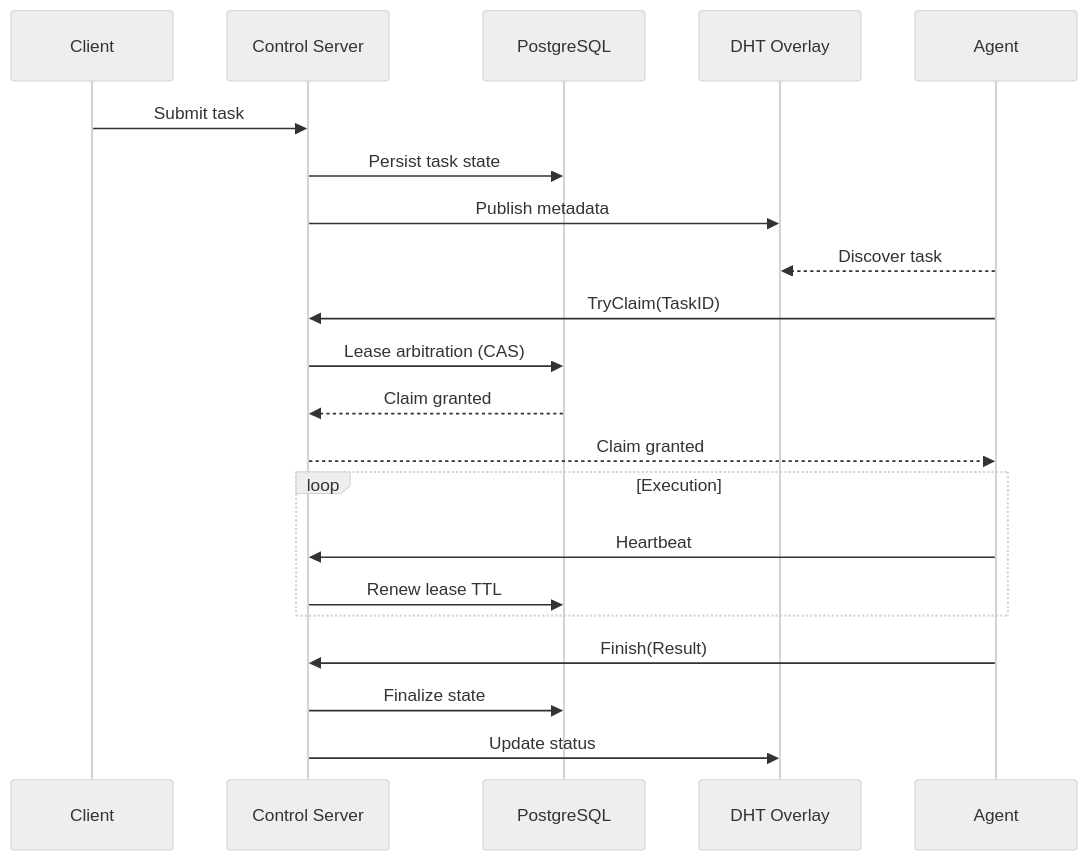
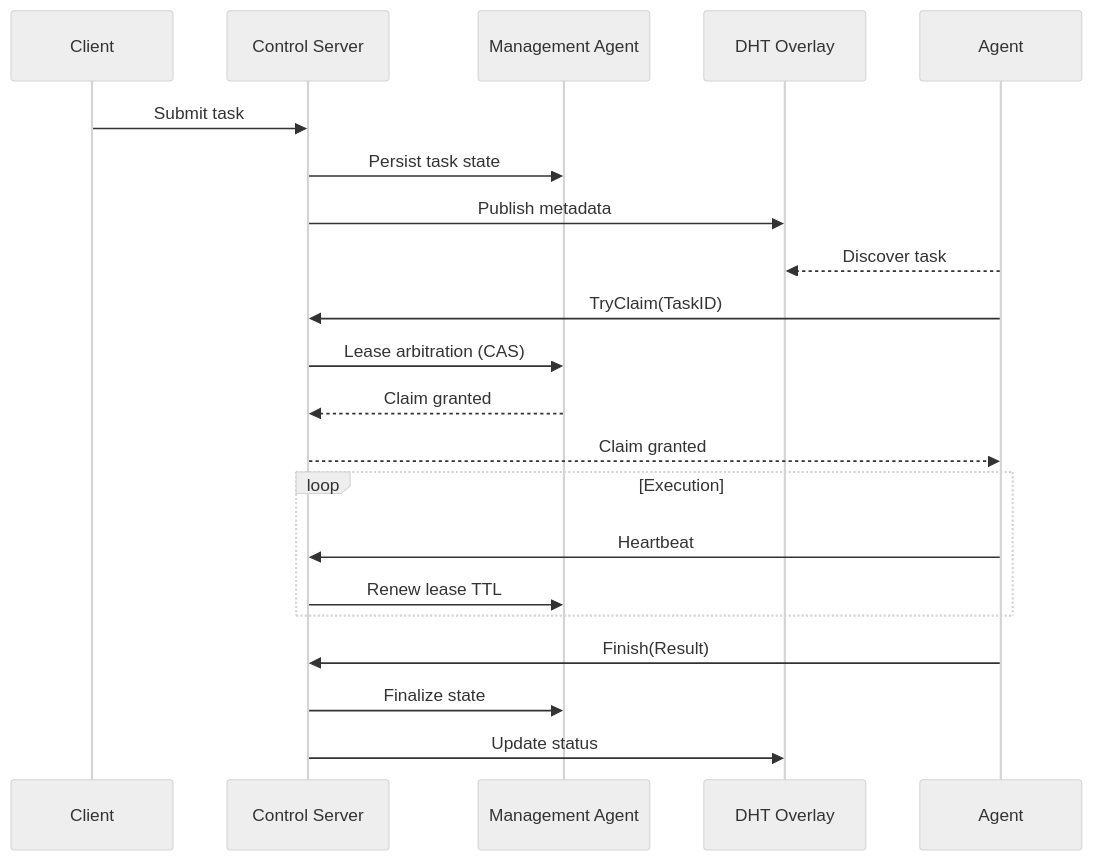
One commit to Team-Gurumi/MC-prototype changed the second of 4 diagrams in README.md. Above: the diagram before and after it, drawn with Mermaid (neutral theme). The commit also changed other lines of this file and 1 other file, not shown here.

Commit message:
docs: generalize state backend in paper-facing diagrams

````diff
--- a/README.md
+++ b/README.md
@@ -64,26 +64,26 @@
 ```mermaid
 sequenceDiagram
     participant Client
     participant Control as Control Server
-    participant Postgres as PostgreSQL
+    participant ManagementAgent as Management Agent
     participant DHT as DHT Overlay
     participant Agent
 
     Client->>Control: Submit task
-    Control->>Postgres: Persist task state
+    Control->>ManagementAgent: Persist task state
     Control->>DHT: Publish metadata
     Agent-->>DHT: Discover task
     Agent->>Control: TryClaim(TaskID)
-    Control->>Postgres: Lease arbitration (CAS)
-    Postgres-->>Control: Claim granted
+    Control->>ManagementAgent: Lease arbitration (CAS)
+    ManagementAgent-->>Control: Claim granted
     Control-->>Agent: Claim granted
 
     loop Execution
         Agent->>Control: Heartbeat
-        Control->>Postgres: Renew lease TTL
+        Control->>ManagementAgent: Renew lease TTL
     end
 
     Agent->>Control: Finish(Result)
-    Control->>Postgres: Finalize state
+    Control->>ManagementAgent: Finalize state
     Control->>DHT: Update status
 ```
````
